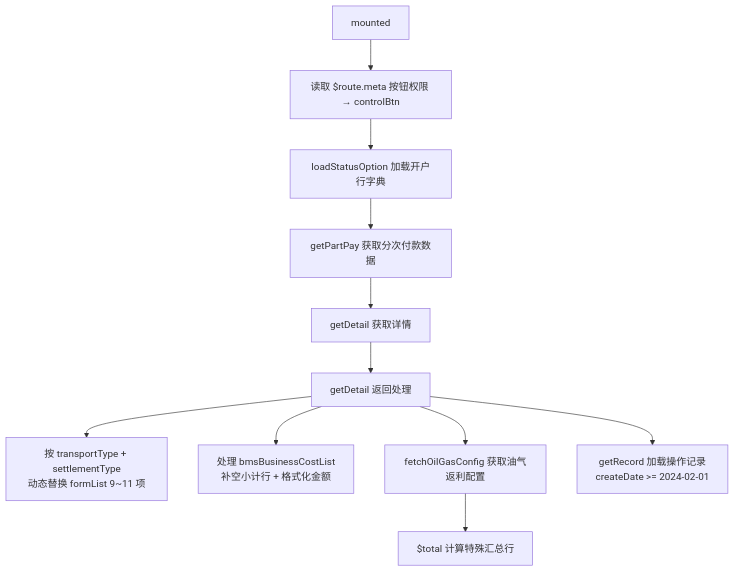
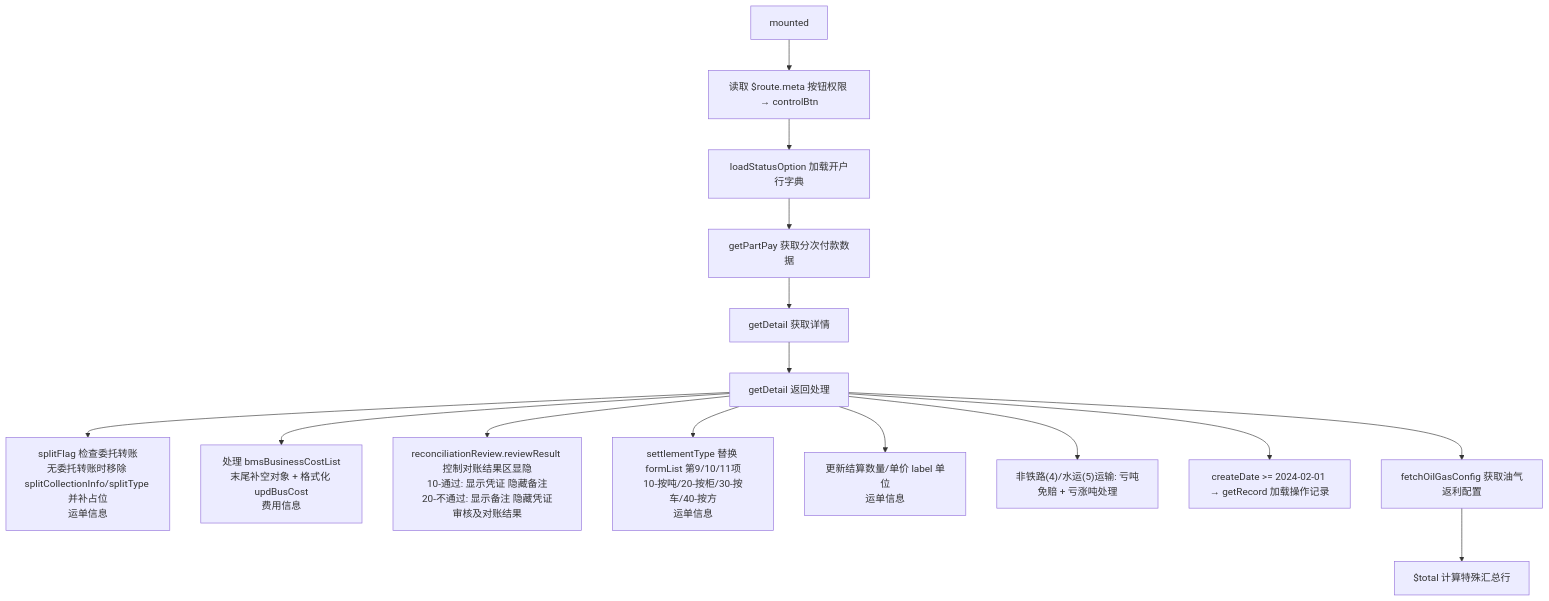
One commit to yugong8898/.md changed diagram 14 of 20 in 优化/司机对账.md. Above: the diagram before and after it, drawn with Mermaid. The commit also changed 4 other files, not shown here.

````diff
--- a/优化/司机对账.md
+++ b/优化/司机对账.md
@@ -433,13 +433,17 @@
 ```mermaid
 graph TB
     A[mounted] --> B[读取 $route.meta 按钮权限 → controlBtn]
     B --> C[loadStatusOption 加载开户行字典]
     C --> D[getPartPay 获取分次付款数据]
     D --> E[getDetail 获取详情]
     E --> F[getDetail 返回处理]
-    F --> F1[按 transportType + settlementType<br/>动态替换 formList 9~11 项]
-    F --> F2[处理 bmsBusinessCostList<br/>补空小计行 + 格式化金额]
-    F --> F3[fetchOilGasConfig 获取油气返利配置]
-    F3 --> F4[$total 计算特殊汇总行]
-    F --> F5[getRecord 加载操作记录<br/>createDate >= 2024-02-01]
+    F --> F1["splitFlag 检查委托转账<br/>无委托转账时移除 splitCollectionInfo/splitType 并补占位<br/>运单信息"]
+    F --> F2["处理 bmsBusinessCostList<br/>末尾补空对象 + 格式化 updBusCost<br/>费用信息"]
+    F --> F3["reconciliationReview.reviewResult 控制对账结果区显隐<br/>10-通过: 显示凭证 隐藏备注<br/>20-不通过: 显示备注 隐藏凭证<br/>审核及对账结果"]
+    F --> F4["settlementType 替换 formList 第9/10/11项<br/>10-按吨/20-按柜/30-按车/40-按方<br/>运单信息"]
+    F --> F5[更新结算数量/单价 label 单位<br/>运单信息]
+    F --> F6["非铁路(4)/水运(5)运输: 亏吨免赔 + 亏涨吨处理"]
+    F --> F7["createDate >= 2024-02-01 → getRecord 加载操作记录"]
+    F --> F8[fetchOilGasConfig 获取油气返利配置]
+    F8 --> F9[$total 计算特殊汇总行]
 ```
````
